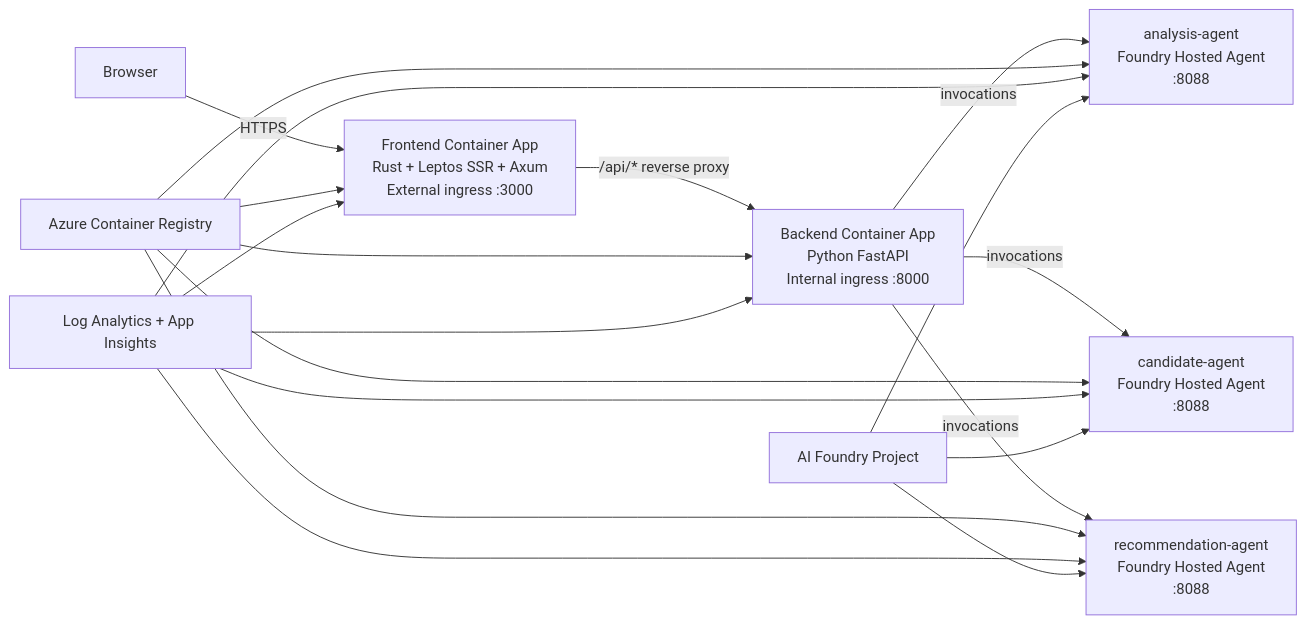
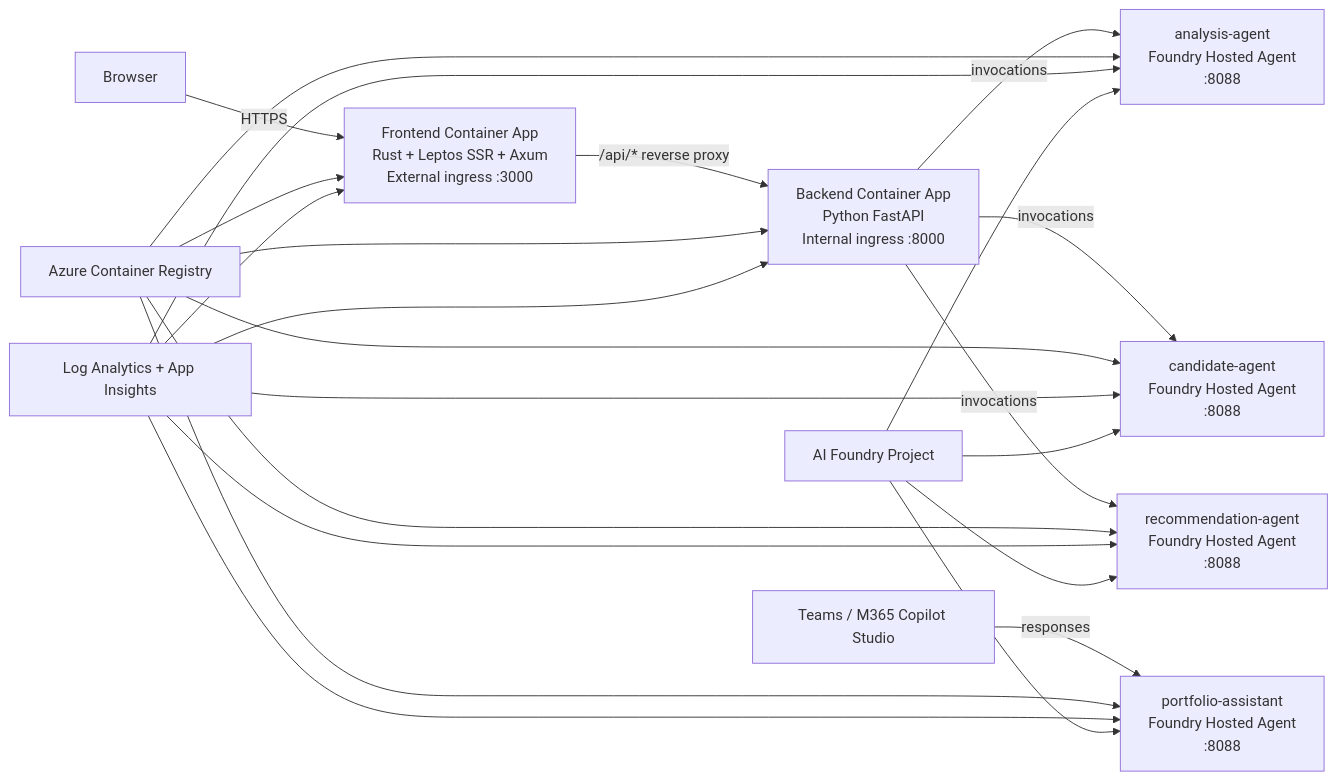
Before and after one commit to jplummer01/portfolio-analysis: the diagram in Documentation/azd-deployment.md, drawn with Mermaid. The commit also changed other lines of this file and 12 other files, not shown here.

````diff
--- a/Documentation/azd-deployment.md
+++ b/Documentation/azd-deployment.md
@@ -16,21 +16,25 @@
 ```mermaid
 flowchart LR
     Browser[Browser] -->|HTTPS| Frontend[Frontend Container App\nRust + Leptos SSR + Axum\nExternal ingress :3000]
     Frontend -->|/api/* reverse proxy| Backend[Backend Container App\nPython FastAPI\nInternal ingress :8000]
     Backend -->|invocations| Analysis[analysis-agent\nFoundry Hosted Agent\n:8088]
     Backend -->|invocations| Candidate[candidate-agent\nFoundry Hosted Agent\n:8088]
     Backend -->|invocations| Recommendation[recommendation-agent\nFoundry Hosted Agent\n:8088]
+    Teams[Teams / M365 Copilot Studio] -->|responses| Assistant[portfolio-assistant\nFoundry Hosted Agent\n:8088]
     ACR[Azure Container Registry] --> Frontend
     ACR --> Backend
     ACR --> Analysis
     ACR --> Candidate
     ACR --> Recommendation
+    ACR --> Assistant
     Obs[Log Analytics + App Insights] --> Frontend
     Obs --> Backend
     Obs --> Analysis
     Obs --> Candidate
     Obs --> Recommendation
+    Obs --> Assistant
     Foundry[AI Foundry Project] --> Analysis
     Foundry --> Candidate
     Foundry --> Recommendation
+    Foundry --> Assistant
 ```
````
